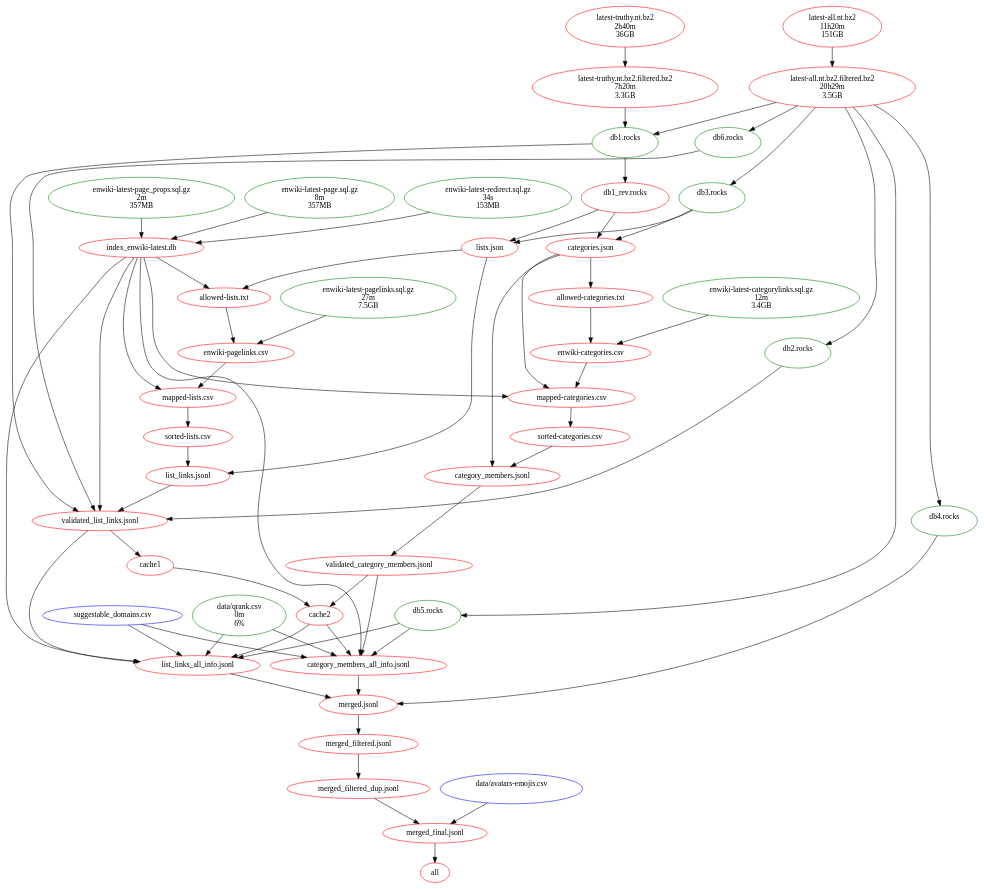
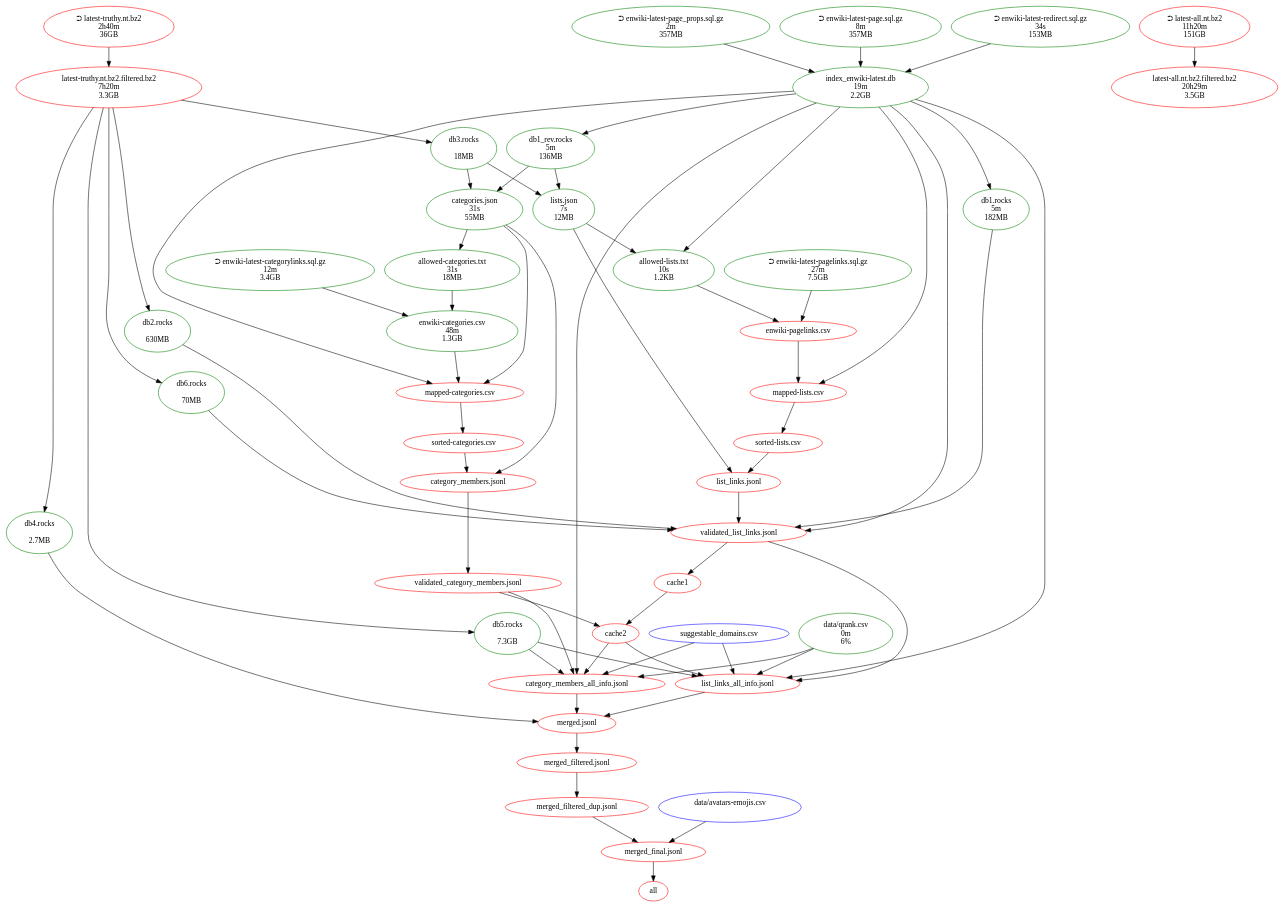
One commit to namehash/namegraph-collections changed the diagram in makefile-doc.dot. Above: the diagram before and after it, drawn with Graphviz. The commit also changed 6 other files, not shown here.

Commit message:
Processing of lists and categories

```diff
--- a/makefile-doc.dot
+++ b/makefile-doc.dot
@@ -1,109 +1,108 @@
 digraph G {
 n2[label="all", color="red"];
 n31[label="cache1", color="red"];
 n22[label="cache2", color="red"];
-n29[label="allowed-categories.txt", color="red"];
-n14[label="allowed-lists.txt", color="red"];
-n30[label="categories.json", color="red"];
+n29[label="allowed-categories.txt\n31s\n18MB", color="green"];
+n14[label="allowed-lists.txt\n10s\n1.2KB", color="green"];
+n30[label="categories.json\n31s\n55MB", color="green"];
 n24[label="category_members.jsonl", color="red"];
 n33[label="category_members_all_info.jsonl", color="red"];
-n17[label="db1.rocks\n\n", color="green"];
-n16[label="db1_rev.rocks\n\n", color="red"];
-n19[label="db3.rocks\n\n", color="green"];
-n28[label="enwiki-latest-categorylinks.sql.gz\n12m\n3.4GB", color="green"];
-n13[label="enwiki-latest-pagelinks.sql.gz\n27m\n7.5GB", color="green"];
-n27[label="enwiki-categories.csv", color="red"];
-n21[label="enwiki-latest-redirect.sql.gz\n34s\n153MB", color="green"];
+n17[label="db1.rocks\n5m\n182MB", color="green"];
+n16[label="db1_rev.rocks\n5m\n136MB", color="green"];
+n19[label="db3.rocks\n\n18MB", color="green"];
+n28[label="⮊ enwiki-latest-categorylinks.sql.gz\n12m\n3.4GB", color="green"];
+n13[label="⮊ enwiki-latest-pagelinks.sql.gz\n27m\n7.5GB", color="green"];
+n27[label="enwiki-categories.csv\n48m\n1.3GB", color="green"];
+n21[label="⮊ enwiki-latest-redirect.sql.gz\n34s\n153MB", color="green"];
 n12[label="enwiki-pagelinks.csv", color="red"];
-n20[label="index_enwiki-latest.db", color="red"];
+n20[label="index_enwiki-latest.db\n19m\n2.2GB", color="green"];
 n18[label="latest-all.nt.bz2.filtered.bz2\n20h29m\n3.5GB", color="red"];
 n9[label="list_links.jsonl", color="red"];
 n7[label="list_links_all_info.jsonl", color="red"];
-n15[label="lists.json", color="red"];
+n15[label="lists.json\n7s\n12MB", color="green"];
 n26[label="mapped-categories.csv", color="red"];
 n11[label="mapped-lists.csv", color="red"];
 n6[label="merged.jsonl", color="red"];
 n5[label="merged_filtered.jsonl", color="red"];
 n4[label="merged_filtered_dup.jsonl", color="red"];
 n3[label="merged_final.jsonl", color="red"];
 n25[label="sorted-categories.csv", color="red"];
 n10[label="sorted-lists.csv", color="red"];
 n32[label="suggestable_domains.csv", color="blue"];
 n23[label="validated_category_members.jsonl", color="red"];
 n8[label="validated_list_links.jsonl", color="red"];
-n34[label="latest-truthy.nt.bz2\n2h40m\n36GB", color="red"];
+n34[label="⮊ latest-truthy.nt.bz2\n2h40m\n36GB", color="red"];
 n35[label="latest-truthy.nt.bz2.filtered.bz2\n7h20m\n3.3GB", color="red"];
-n36[label="latest-all.nt.bz2\n11h20m\n151GB", color="red"];
-n37[label="enwiki-latest-page_props.sql.gz\n2m\n357MB", color="green"];
-n38[label="enwiki-latest-page.sql.gz\n8m\n357MB", color="green"];
+n36[label="⮊ latest-all.nt.bz2\n11h20m\n151GB", color="red"];
+n37[label="⮊ enwiki-latest-page_props.sql.gz\n2m\n357MB", color="green"];
+n38[label="⮊ enwiki-latest-page.sql.gz\n8m\n357MB", color="green"];
 n39[label="data/qrank.csv\n0m\n6%", color="green"];
-n40[label="db2.rocks\n\n", color="green"];
-n41[label="db4.rocks\n\n", color="green"];
-n42[label="db5.rocks\n\n", color="green"];
-n43[label="db6.rocks\n\n", color="green"];
+n40[label="db2.rocks\n\n630MB", color="green"];
+n41[label="db4.rocks\n\n2.7MB", color="green"];
+n42[label="db5.rocks\n\n7.3GB", color="green"];
+n43[label="db6.rocks\n\n70MB", color="green"];
 n44[label="data/avatars-emojis.csv\n\n", color="blue"];
 n3 -> n2 ; 
 n8 -> n31 ; 
 n31 -> n22 ; 
 n23 -> n22 ; 
 n30 -> n29 ; 
 n20 -> n14 ; 
 n15 -> n14 ; 
 n16 -> n30 ; 
 n19 -> n30 ; 
 n30 -> n24 ; 
 n25 -> n24 ; 
 n22 -> n33 ; 
 n32 -> n33 ; 
 n23 -> n33 ; 
-n18 -> n17 ; 
-n17 -> n16 ; 
+n20 -> n17 ; 
+n20 -> n16 ; 
 n29 -> n27 ; 
 n28 -> n27 ; 
 n14 -> n12 ; 
 n13 -> n12 ; 
 n21 -> n20 ; 
 n15 -> n9 ; 
 n10 -> n9 ; 
 n22 -> n7 ; 
 n32 -> n7 ; 
 n8 -> n7 ; 
 n16 -> n15 ; 
 n19 -> n15 ; 
 n30 -> n26 ; 
 n27 -> n26 ; 
 n20 -> n26 ; 
 n12 -> n11 ; 
 n20 -> n11 ; 
 n33 -> n6 ; 
 n7 -> n6 ; 
 n6 -> n5 ; 
 n5 -> n4 ; 
 n4 -> n3 ; 
 n26 -> n25 ; 
 n11 -> n10 ; 
 n24 -> n23 ; 
 n9 -> n8 ; 
 n34 -> n35;
-n35 -> n17;
 n36 -> n18;
 n38 -> n20;
 n17 -> n8 ; 
 n40 -> n8 ; 
 n43 -> n8 ; 
 n20 -> n8 ; 
 n42 -> n33 ; 
 n42 -> n7 ; 
 n20 -> n33 ; 
 n20 -> n7 ; 
 n41 -> n6 ;
 n44 -> n3 ;
 n39 -> n33 ;
 n39 -> n7 ;
-n37 -> n20 ;
-n18 -> n19 ;
-n18 -> n40 ;
-n18 -> n41 ;
-n18 -> n42 ;
-n18 -> n43 ;
+n35 -> n19 ;
+n35 -> n40 ;
+n35 -> n41 ;
+n35 -> n42 ;
+n35 -> n43 ;
+n37 -> n20;
 }
```
